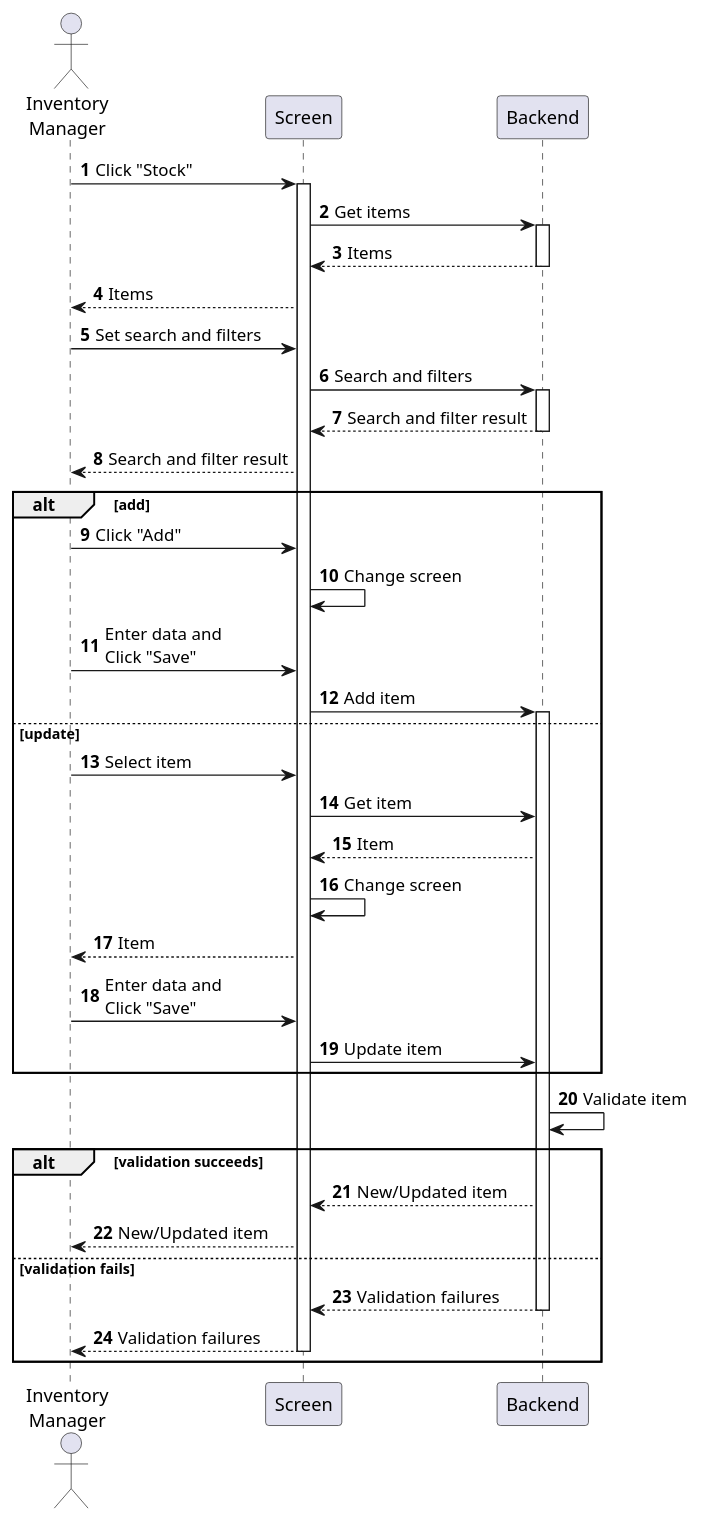
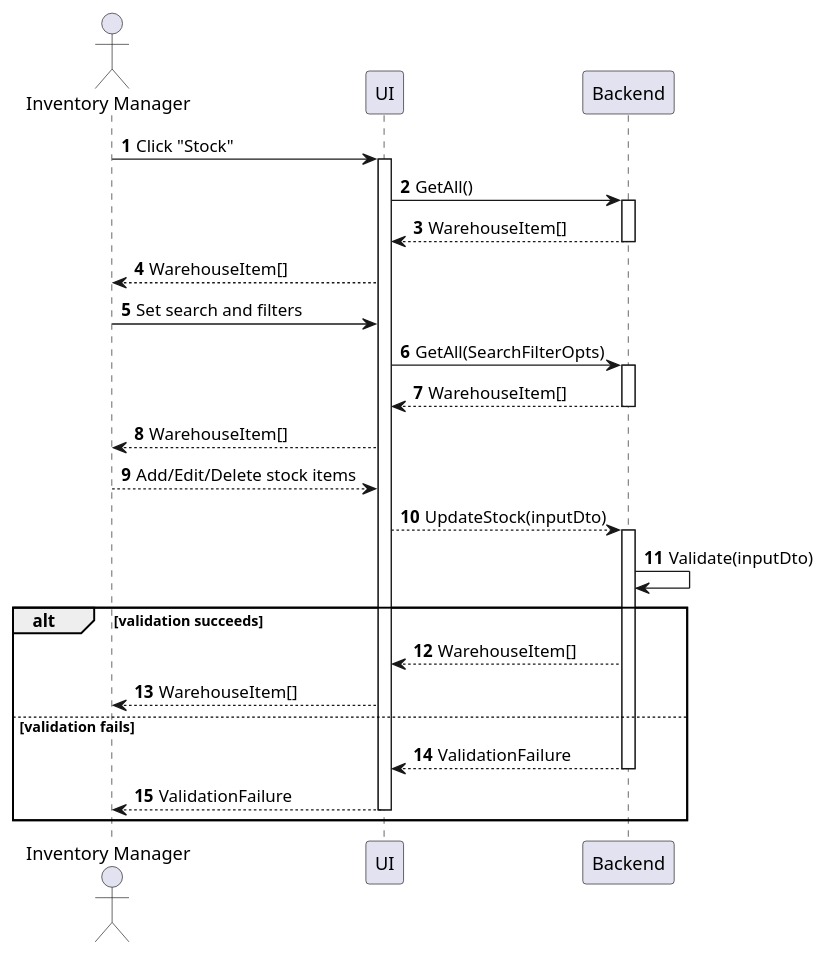
Before and after one commit to phihungha/scmss-reqs: the diagram in sequences/inventory-stock-manage.plantuml, drawn with PlantUML. The commit also changed 17 other files, not shown here.

Commit message:
Improve inventory sequences

```diff
--- a/sequences/inventory-stock-manage.plantuml
+++ b/sequences/inventory-stock-manage.plantuml
@@ -1,45 +1,30 @@
 @startuml inventory-stock-manage
 autonumber
 
-actor "Inventory\nManager" as a
-participant Screen as f
+actor "Inventory Manager" as a
+participant UI as f
 participant Backend as b
 
 a -> f : Click "Stock"
 activate f
-f -> b : Get items
+f -> b : GetAll()
 activate b
-return Items
-f --> a : Items
+return WarehouseItem[]
+f --> a : WarehouseItem[]
 a -> f : Set search and filters
-f -> b : Search and filters
+f -> b : GetAll(SearchFilterOpts)
 activate b
-return Search and filter result
-f --> a : Search and filter result
-
-alt add
-    a -> f : Click "Add"
-    f -> f : Change screen
-    a -> f : Enter data and\nClick "Save"
-    f -> b : Add item
-    activate b
-else update
-    a -> f : Select item
-    f -> b : Get item
-    b --> f : Item
-    f -> f : Change screen
-    f --> a : Item
-    a -> f : Enter data and\nClick "Save"
-    f -> b : Update item
-end
-
-b -> b : Validate item
-
+return WarehouseItem[]
+f --> a : WarehouseItem[]
+a --> f : Add/Edit/Delete stock items
+f --> b : UpdateStock(inputDto)
+activate b
+b -> b : Validate(inputDto)
 alt validation succeeds
-    b --> f : New/Updated item
-    f --> a : New/Updated item
+    b --> f : WarehouseItem[]
+    f --> a : WarehouseItem[]
 else validation fails
-    return Validation failures
-    return Validation failures
+    return ValidationFailure
+    return ValidationFailure
 end
 @enduml
```
